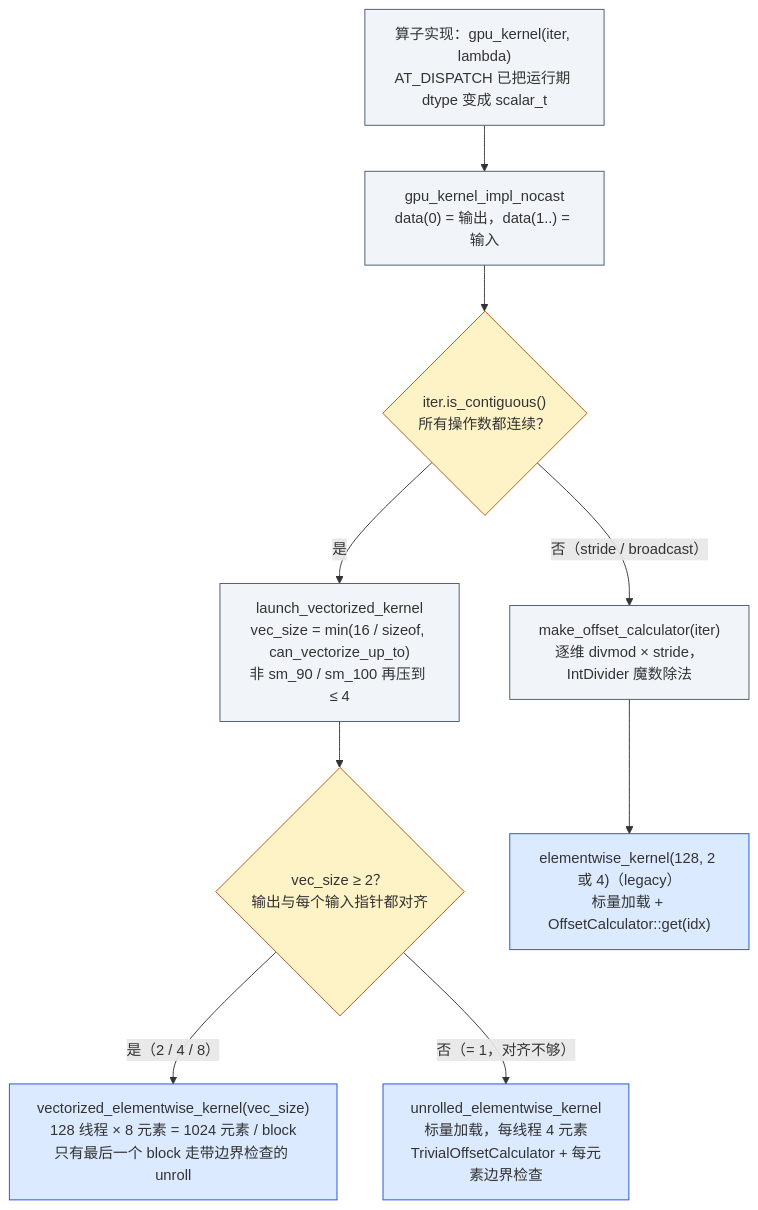
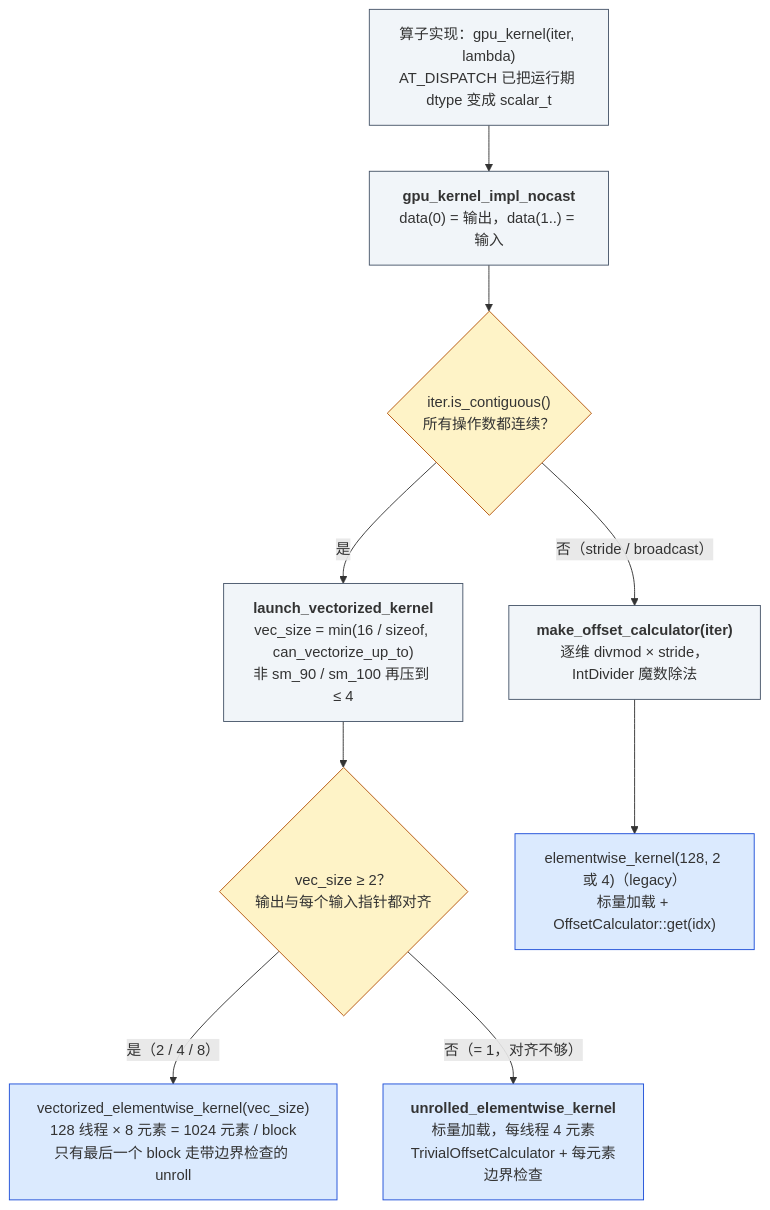
Before and after one commit to arganzheng/arganzheng.github.com: the second of 3 diagrams in _posts/2026-05-13-memory-coalescing-and-elementwise-kernels.md, drawn with Mermaid. The commit also changed other lines of this file and 10 other files, not shown here.

First line of the commit message:
GPU Kernel 工程：从 CUDA 执行模型到 FlashAttention：Mermaid 多行方框的首行标为标题（11 篇）

````diff
--- a/_posts/2026-05-13-memory-coalescing-and-elementwise-kernels.md
+++ b/_posts/2026-05-13-memory-coalescing-and-elementwise-kernels.md
@@ -368,21 +368,21 @@
 ```mermaid
 %% 图：gpu_kernel 的路径选择：是否连续、能否向量化两次判断，落到 vectorized / unrolled / 带 offset 计算的三个 kernel
 flowchart TB
     classDef host fill:#f1f5f9,stroke:#475569
     classDef dec fill:#fef3c7,stroke:#b45309
     classDef k fill:#dbeafe,stroke:#1d4ed8
     OP["算子实现：gpu_kernel(iter, lambda)<br/>AT_DISPATCH 已把运行期 dtype 变成 scalar_t"]:::host
-    IMPL["gpu_kernel_impl_nocast<br/>data(0) = 输出，data(1..) = 输入"]:::host
+    IMPL["<b>gpu_kernel_impl_nocast</b><br/>data(0) = 输出，data(1..) = 输入"]:::host
     Q1{"iter.is_contiguous()<br/>所有操作数都连续？"}:::dec
-    LV["launch_vectorized_kernel<br/>vec_size = min(16 / sizeof, can_vectorize_up_to)<br/>非 sm_90 / sm_100 再压到 ≤ 4"]:::host
+    LV["<b>launch_vectorized_kernel</b><br/>vec_size = min(16 / sizeof, can_vectorize_up_to)<br/>非 sm_90 / sm_100 再压到 ≤ 4"]:::host
     Q2{"vec_size ≥ 2？<br/>输出与每个输入指针都对齐"}:::dec
     KV["vectorized_elementwise_kernel(vec_size)<br/>128 线程 × 8 元素 = 1024 元素 / block<br/>只有最后一个 block 走带边界检查的 unroll"]:::k
-    KU["unrolled_elementwise_kernel<br/>标量加载，每线程 4 元素<br/>TrivialOffsetCalculator + 每元素边界检查"]:::k
-    OC["make_offset_calculator(iter)<br/>逐维 divmod × stride，IntDivider 魔数除法"]:::host
+    KU["<b>unrolled_elementwise_kernel</b><br/>标量加载，每线程 4 元素<br/>TrivialOffsetCalculator + 每元素边界检查"]:::k
+    OC["<b>make_offset_calculator(iter)</b><br/>逐维 divmod × stride，IntDivider 魔数除法"]:::host
     KL["elementwise_kernel(128, 2 或 4)（legacy）<br/>标量加载 + OffsetCalculator::get(idx)"]:::k
     OP --> IMPL --> Q1
     Q1 -- "是" --> LV --> Q2
     Q2 -- "是（2 / 4 / 8）" --> KV
     Q2 -- "否（= 1，对齐不够）" --> KU
     Q1 -- "否（stride / broadcast）" --> OC --> KL
 ```
````
